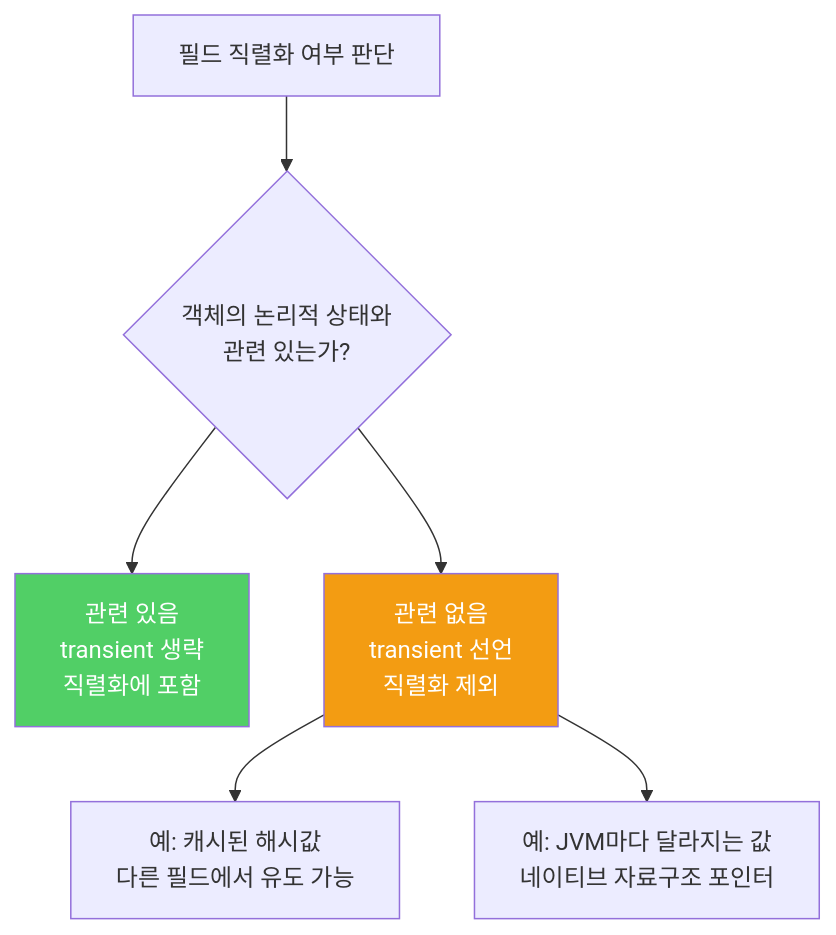
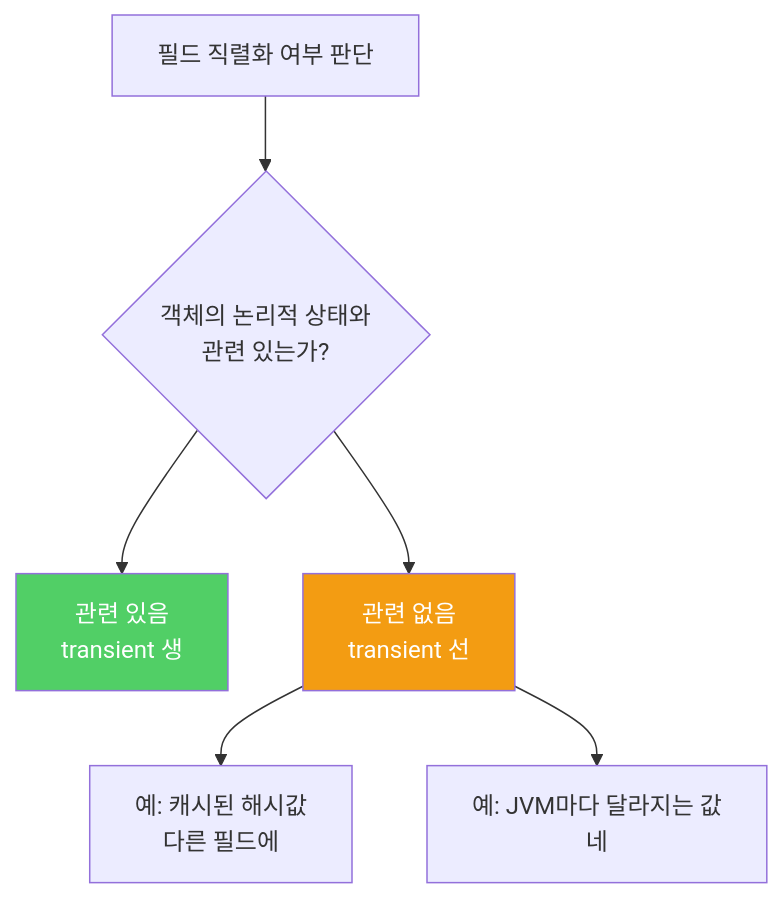
One commit to yjkim2015/yjkim2015.github.io changed the diagram in _posts/java/2022-03-11-effective-java87.md. Above: the diagram before and after it, drawn with Mermaid. The commit also changed 271 other files, not shown here.

First line of the commit message:
Mermaid 라벨 축소: 긴 노드 텍스트 18자 이하로 트림 + \n 제거

````diff
--- a/_posts/java/2022-03-11-effective-java87.md
+++ b/_posts/java/2022-03-11-effective-java87.md
@@ -120,10 +120,10 @@
 ```mermaid
 graph TD
     A["필드 직렬화 여부 판단"] --> B{"객체의 논리적 상태와\n관련 있는가?"}
-    B --> C["관련 있음\ntransient 생략\n직렬화에 포함"]
-    B --> D["관련 없음\ntransient 선언\n직렬화 제외"]
-    D --> E["예: 캐시된 해시값\n다른 필드에서 유도 가능"]
-    D --> F["예: JVM마다 달라지는 값\n네이티브 자료구조 포인터"]
+    B --> C["관련 있음\ntransient 생"]
+    B --> D["관련 없음\ntransient 선"]
+    D --> E["예: 캐시된 해시값\n다른 필드에"]
+    D --> F["예: JVM마다 달라지는 값\n네"]
     style C fill:#51cf66,color:#fff
     style D fill:#f39c12,color:#fff
 ```
````
